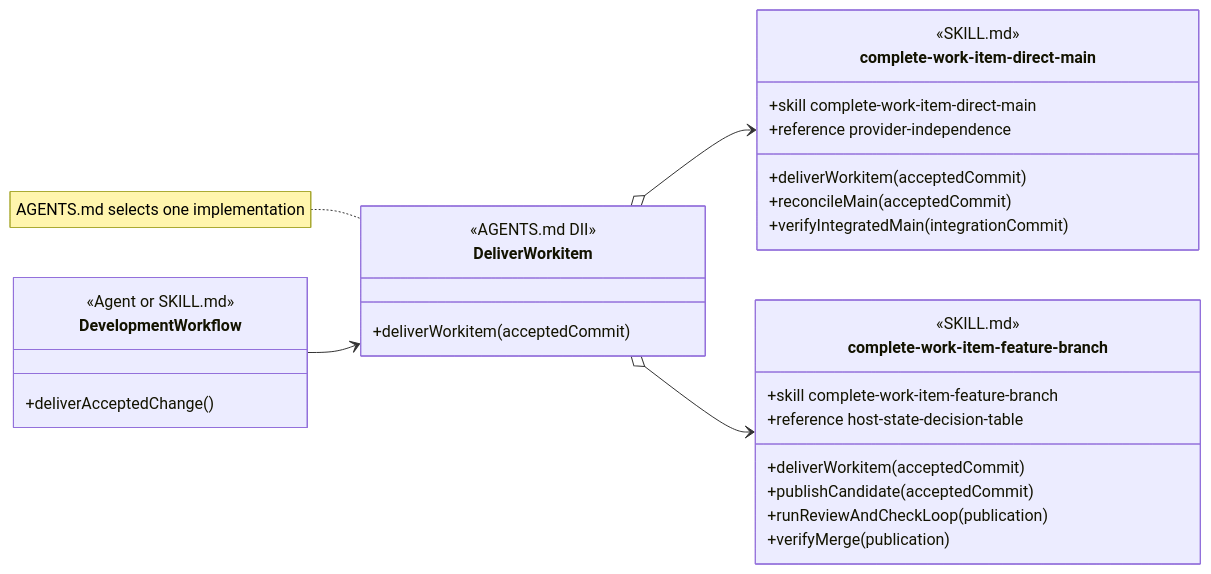
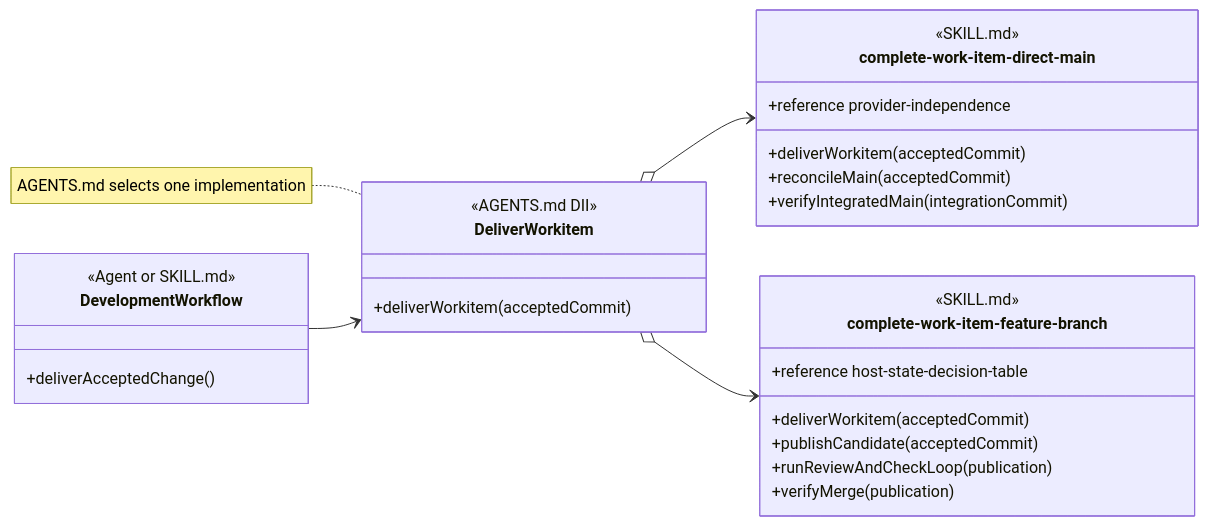
The ninth of 11 diagrams in design/object-oriented-agent-and-skill-model.md (martinbechard/dev-methodology), drawn with Mermaid before and after one commit. The commit also changed other lines of this file and 2 other files, not shown here.

Commit message:
Clarify whole-skill and work-item DII notation

````diff
--- a/design/object-oriented-agent-and-skill-model.md
+++ b/design/object-oriented-agent-and-skill-model.md
@@ -530,41 +520,39 @@
 ```mermaid
 classDiagram
     direction LR
 
     class DevelopmentWorkflow {
         <<Agent or SKILL.md>>
         +deliverAcceptedChange()
     }
 
     class DeliverWorkitem {
         <<AGENTS.md DII>>
         +deliverWorkitem(acceptedCommit)
     }
 
     class complete-work-item-direct-main {
         <<SKILL.md>>
         <<Injectable Skill>>
-        +skill complete-work-item-direct-main
         +deliverWorkitem(acceptedCommit)
         +reconcileMain(acceptedCommit)
         +verifyIntegratedMain(integrationCommit)
         +reference provider-independence
     }
 
     class complete-work-item-feature-branch {
         <<SKILL.md>>
         <<Injectable Skill>>
-        +skill complete-work-item-feature-branch
         +deliverWorkitem(acceptedCommit)
         +publishCandidate(acceptedCommit)
         +runReviewAndCheckLoop(publication)
         +verifyMerge(publication)
         +reference host-state-decision-table
     }
 
     DevelopmentWorkflow --> DeliverWorkitem
     DeliverWorkitem o--> complete-work-item-direct-main
     DeliverWorkitem o--> complete-work-item-feature-branch
 
     note for DeliverWorkitem "AGENTS.md selects one implementation"
 ```
````
